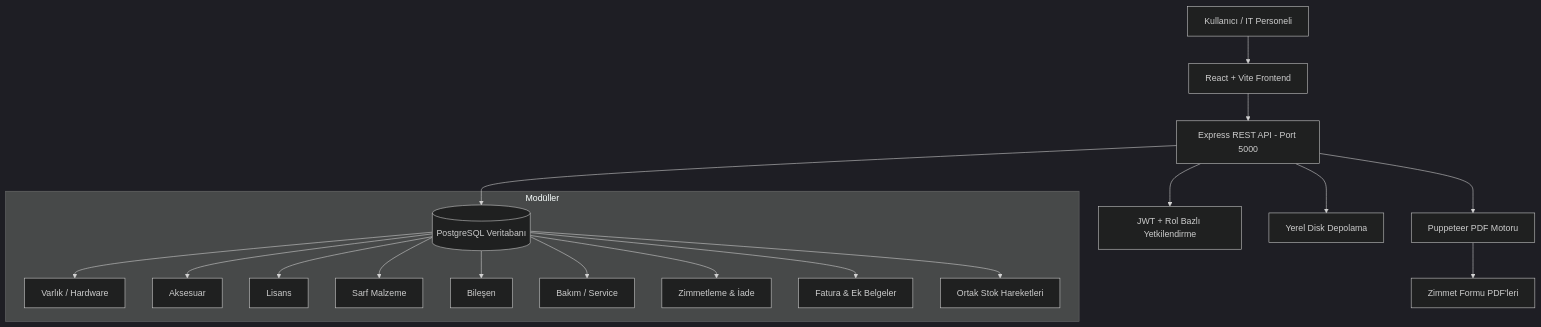
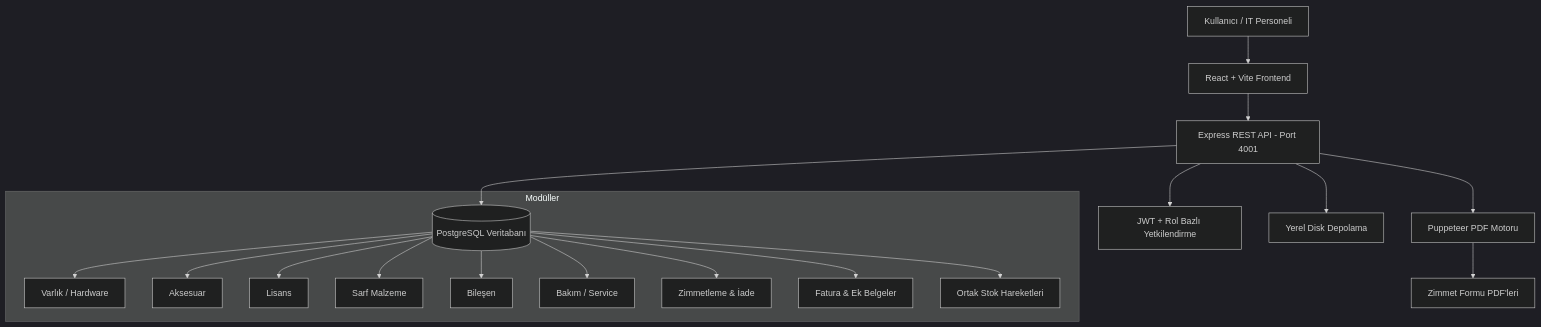
Before and after one commit to CELEBI51/EnvanterTakipSistemi: the diagram in project_summary_status.md, drawn with Mermaid (dark theme). The commit also changed 114 other files, not shown here.

````diff
--- a/project_summary_status.md
+++ b/project_summary_status.md
@@ -14,23 +14,23 @@
 ```mermaid
 graph TD
     User[Kullanıcı / IT Personeli] --> Client[React + Vite Frontend]
-    Client --> API[Express REST API - Port 5000]
+    Client --> API[Express REST API - Port 4001]
     API --> Auth[JWT + Rol Bazlı Yetkilendirme]
     API --> DB[(PostgreSQL Veritabanı)]
     API --> Storage[Yerel Disk Depolama]
     
     subgraph Modüller
         DB --> Hardware[Varlık / Hardware]
         DB --> Accessory[Aksesuar]
         DB --> License[Lisans]
         DB --> Consumable[Sarf Malzeme]
         DB --> Component[Bileşen]
         DB --> Maintenance[Bakım / Service]
         DB --> Assignment[Zimmetleme & İade]
         DB --> Attachments[Fatura & Ek Belgeler]
         DB --> Movements[Ortak Stok Hareketleri]
     end
     
     API --> Puppeteer[Puppeteer PDF Motoru]
     Puppeteer --> PDFStorage[Zimmet Formu PDF'leri]
 ```
````
